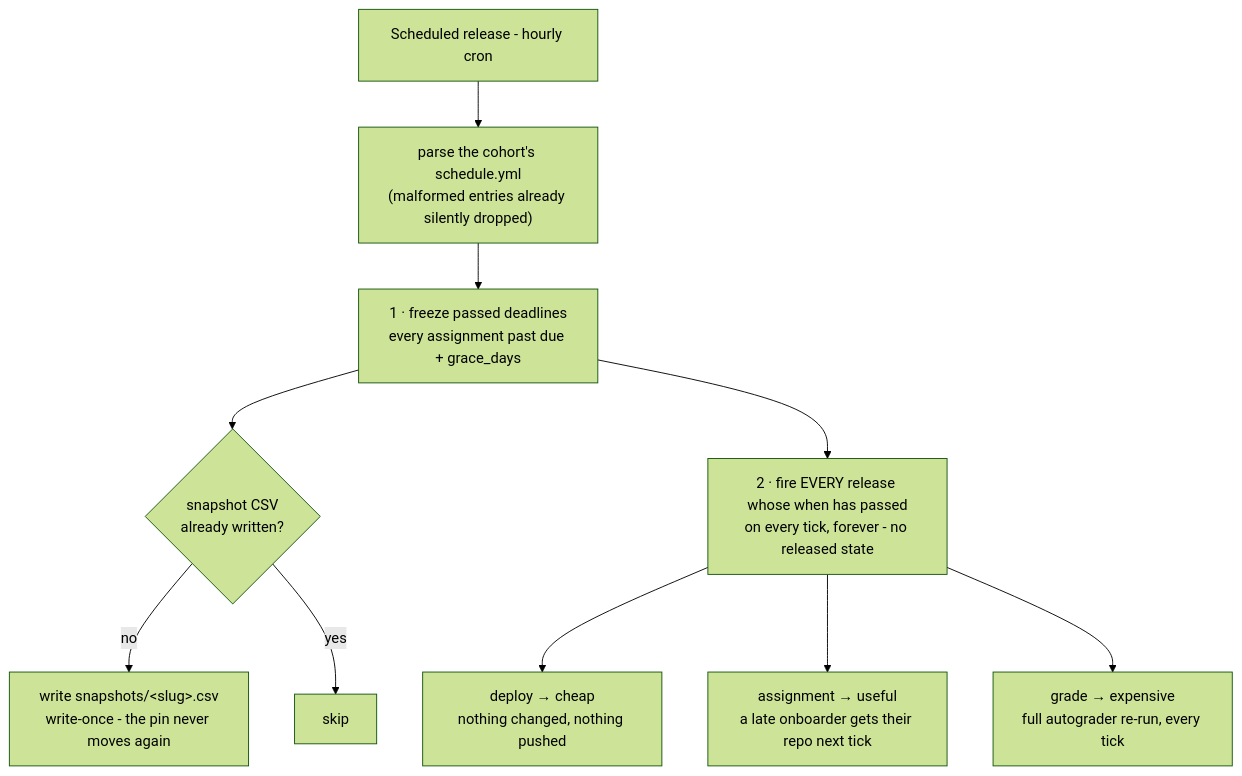
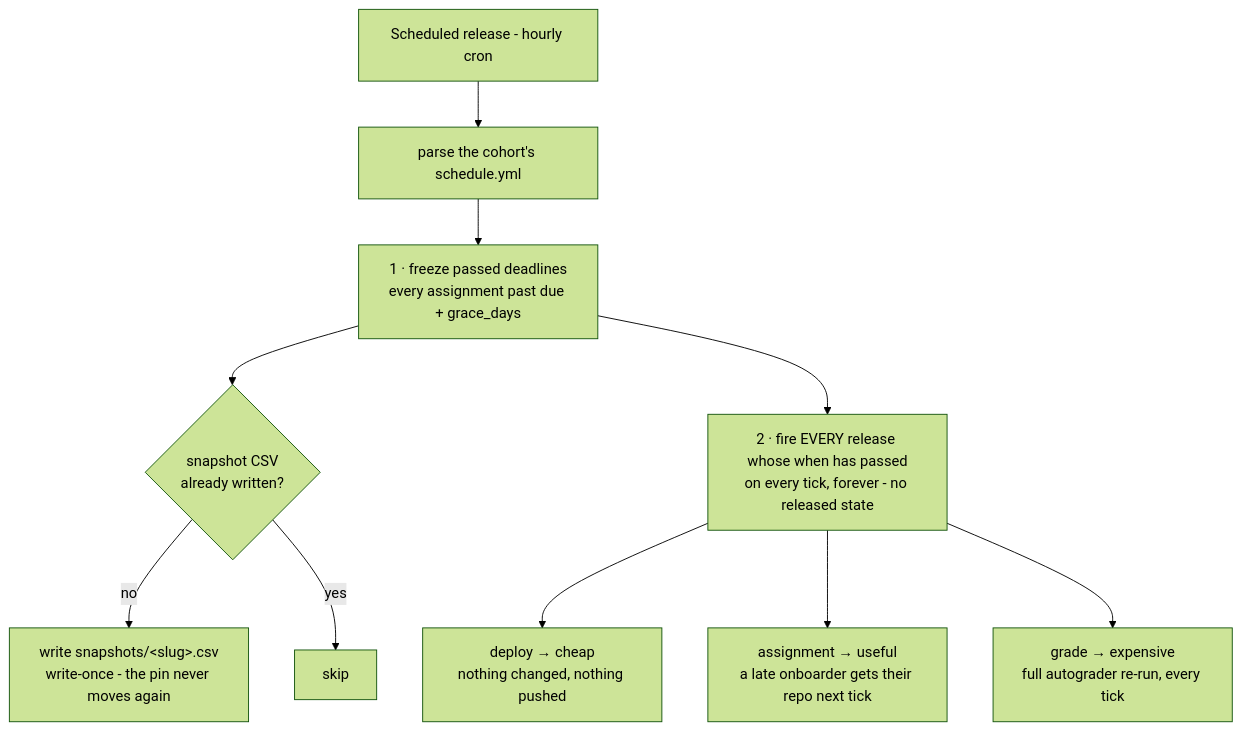
The diagram in docs/faculty-and-instructors/06-schedule-releases.md (hertie-data-science-lab/dsl-teaching-course-setup), drawn with Mermaid (forest theme) before and after one commit. The commit also changed other lines of this file, not shown here.

````diff
--- a/docs/faculty-and-instructors/06-schedule-releases.md
+++ b/docs/faculty-and-instructors/06-schedule-releases.md
@@ -68,12 +47,19 @@
 ```mermaid
 flowchart TB
-  cron["Scheduled release - hourly cron"] --> parse["parse the cohort's schedule.yml<br/>(malformed entries already silently dropped)"]
-  parse --> p1["1 · freeze passed deadlines<br/>every assignment past due + grace_days"]
-  p1 --> snap{"snapshot CSV<br/>already written?"}
-  snap -- no --> freeze["write snapshots/&lt;slug&gt;.csv<br/>write-once - the pin never moves again"]
+  cron["Scheduled release - hourly cron"] --> parse["parse the cohort's schedule.yml"]
+  parse --> p1["1 · freeze passed deadlines
+every assignment past due + grace_days"]
+  p1 --> snap{"snapshot CSV
+already written?"}
+  snap -- no --> freeze["write snapshots/&lt;slug&gt;.csv
+write-once - the pin never moves again"]
   snap -- yes --> skip["skip"]
-  p1 --> p2["2 · fire EVERY release whose when has passed<br/>on every tick, forever - no released state"]
-  p2 --> dep["deploy → cheap<br/>nothing changed, nothing pushed"]
-  p2 --> asg["assignment → useful<br/>a late onboarder gets their repo next tick"]
-  p2 --> grd["grade → expensive<br/>full autograder re-run, every tick"]
+  p1 --> p2["2 · fire EVERY release whose when has passed
+on every tick, forever - no released state"]
+  p2 --> dep["deploy → cheap
+nothing changed, nothing pushed"]
+  p2 --> asg["assignment → useful
+a late onboarder gets their repo next tick"]
+  p2 --> grd["grade → expensive
+full autograder re-run, every tick"]
 ```
````
